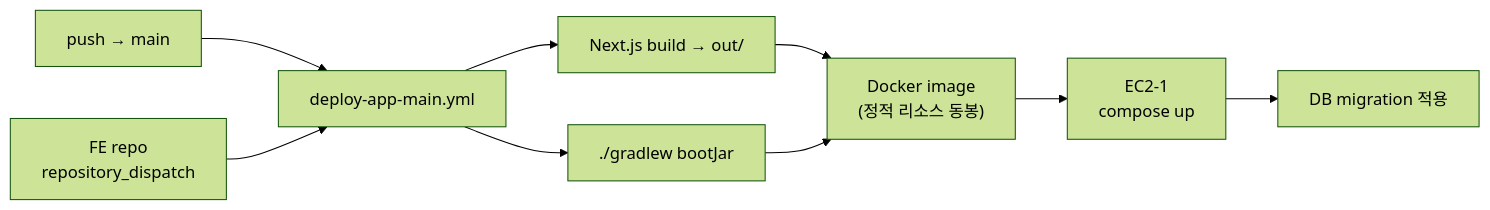
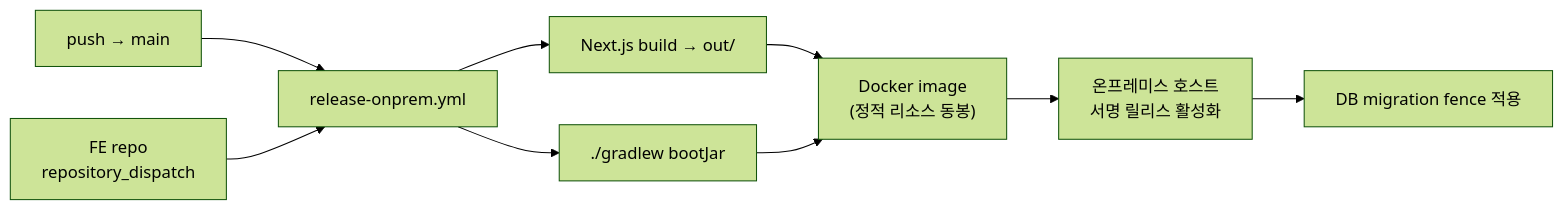
The third of 3 diagrams in README.md (rktclgh/ieum_BE), drawn with Mermaid (forest theme) before and after one commit. The commit also changed other lines of this file and 51 other files, not shown here.

````diff
--- a/README.md
+++ b/README.md
@@ -290,10 +304,10 @@
 ```mermaid
 flowchart LR
-    P["push → main"] --> W["deploy-app-main.yml"]
+    P["push → main"] --> W["release-onprem.yml"]
     FE["FE repo<br/>repository_dispatch"] --> W
     W --> B1["Next.js build → out/"]
     W --> B2["./gradlew bootJar"]
     B1 & B2 --> IMG["Docker image<br/>(정적 리소스 동봉)"]
-    IMG --> EC2["EC2-1<br/>compose up"]
-    EC2 --> MIG["DB migration 적용"]
+    IMG --> HOST["온프레미스 호스트<br/>서명 릴리스 활성화"]
+    HOST --> MIG["DB migration fence 적용"]
 ```
````
